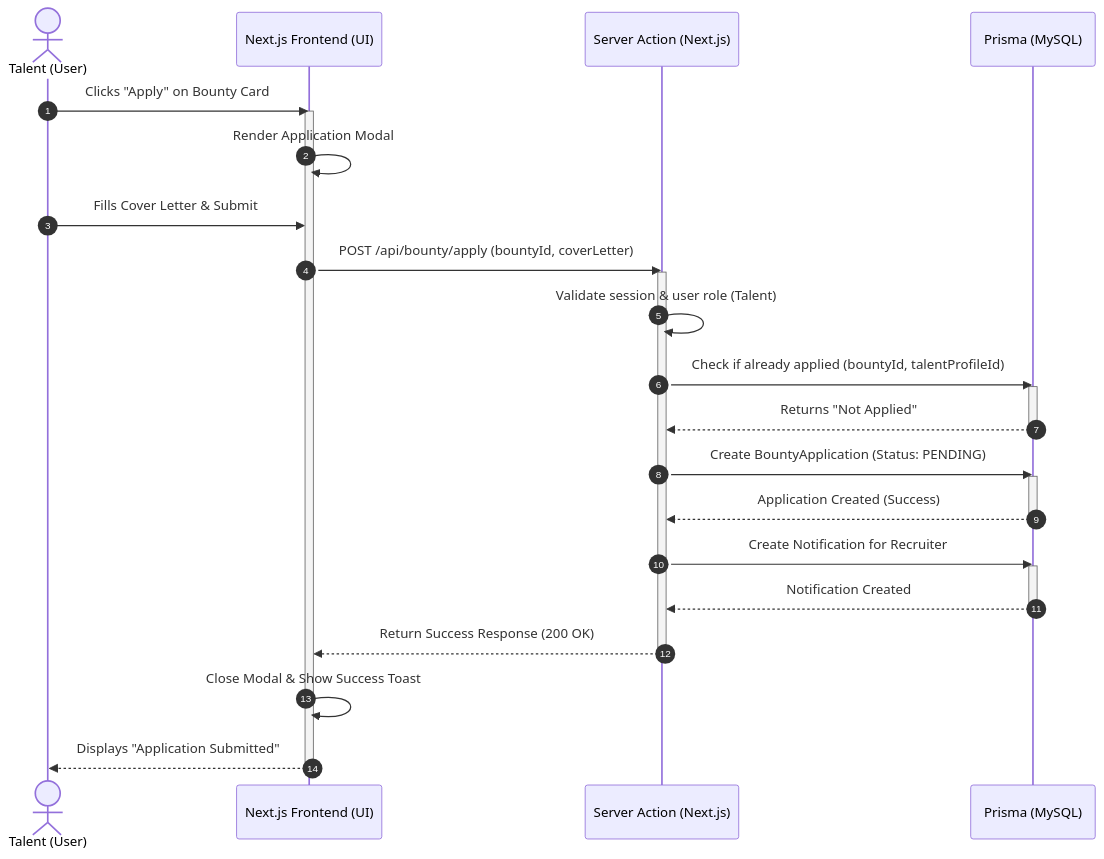
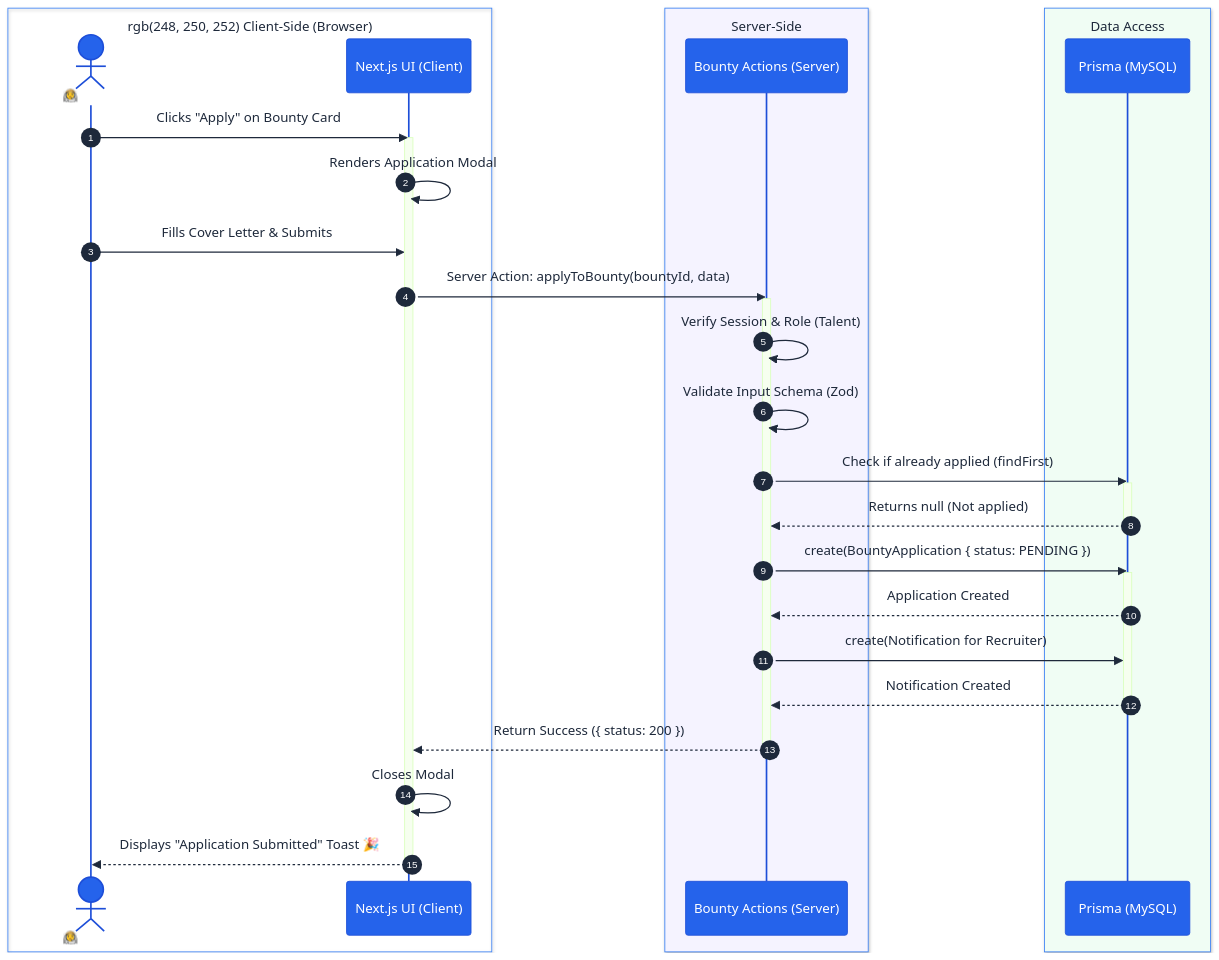
One commit to Hannankhan00/skillspill changed the first of 4 diagrams in Sequence-Diagram.md. Above: the diagram before and after it, drawn with Mermaid. The commit also changed other lines of this file and 31 other files, not shown here.

````diff
--- a/Sequence-Diagram.md
+++ b/Sequence-Diagram.md
@@ -9,55 +9,61 @@
 ```mermaid
 %%{init: {
-<!-- [MermaidChart: b305a575-9161-4060-a30b-ccbcdfbd9d3b] -->
   'theme': 'base',
   'themeVariables': {
-    'primaryColor': '#ffffff',
-    'primaryTextColor': '#000000',
-    'primaryBorderColor': '#000000',
-    'lineColor': '#000000',
-    'secondaryColor': '#ffffff',
-    'tertiaryColor': '#ffffff',
-    'nodeBorder': '#000000',
-    'mainBkg': '#ffffff',
-    'fontFamily': 'arial',
-    'sequenceNumberColor': '#000000'
+    'primaryColor': '#eff6ff',
+    'primaryTextColor': '#1e293b',
+    'primaryBorderColor': '#3b82f6',
+    'lineColor': '#64748b',
+    'actorBkg': '#2563eb',
+    'actorTextColor': '#ffffff',
+    'actorBorder': '#1d4ed8',
+    'sequenceNumberColor': '#ffffff'
   }
-} }%%
+}}%%
 sequenceDiagram
     autonumber
-    actor Talent as Talent (User)
-    participant UI as Next.js Frontend (UI)
-    participant API as Server Action (Next.js)
-    participant DB as Prisma (MySQL)
+    
+    box rgb(248, 250, 252) Client-Side (Browser)
+        actor Talent as 👨‍🚀 Talent
+        participant UI as Next.js UI (Client)
+    end
+    
+    box rgb(245, 243, 255) Server-Side
+        participant API as Bounty Actions (Server)
+    end
+    
+    box rgb(240, 253, 244) Data Access
+        participant DB as Prisma (MySQL)
+    end
 
     Talent->>UI: Clicks "Apply" on Bounty Card
     activate UI
-    UI->>UI: Render Application Modal
-    Talent->>UI: Fills Cover Letter & Submit
-    UI->>API: POST /api/bounty/apply (bountyId, coverLetter)
+    UI->>UI: Renders Application Modal
+    Talent->>UI: Fills Cover Letter & Submits
+    
+    UI->>API: Server Action: applyToBounty(bountyId, data)
     activate API
     
-    API->>API: Validate session & user role (Talent)
+    API->>API: Verify Session & Role (Talent)
+    API->>API: Validate Input Schema (Zod)
     
-    API->>DB: Check if already applied (bountyId, talentProfileId)
+    API->>DB: Check if already applied (findFirst)
     activate DB
-    DB-->>API: Returns "Not Applied"
+    DB-->>API: Returns null (Not applied)
     deactivate DB
     
-    API->>DB: Create BountyApplication (Status: PENDING)
+    API->>DB: create(BountyApplication { status: PENDING })
     activate DB
-    DB-->>API: Application Created (Success)
-    deactivate DB
+    DB-->>API: Application Created
     
-    API->>DB: Create Notification for Recruiter
-    activate DB
+    API->>DB: create(Notification for Recruiter)
     DB-->>API: Notification Created
     deactivate DB
     
-    API-->>UI: Return Success Response (200 OK)
+    API-->>UI: Return Success ({ status: 200 })
     deactivate API
     
-    UI->>UI: Close Modal & Show Success Toast
-    UI-->>Talent: Displays "Application Submitted"
+    UI->>UI: Closes Modal
+    UI-->>Talent: Displays "Application Submitted" Toast 🎉
     deactivate UI
 ```
````
